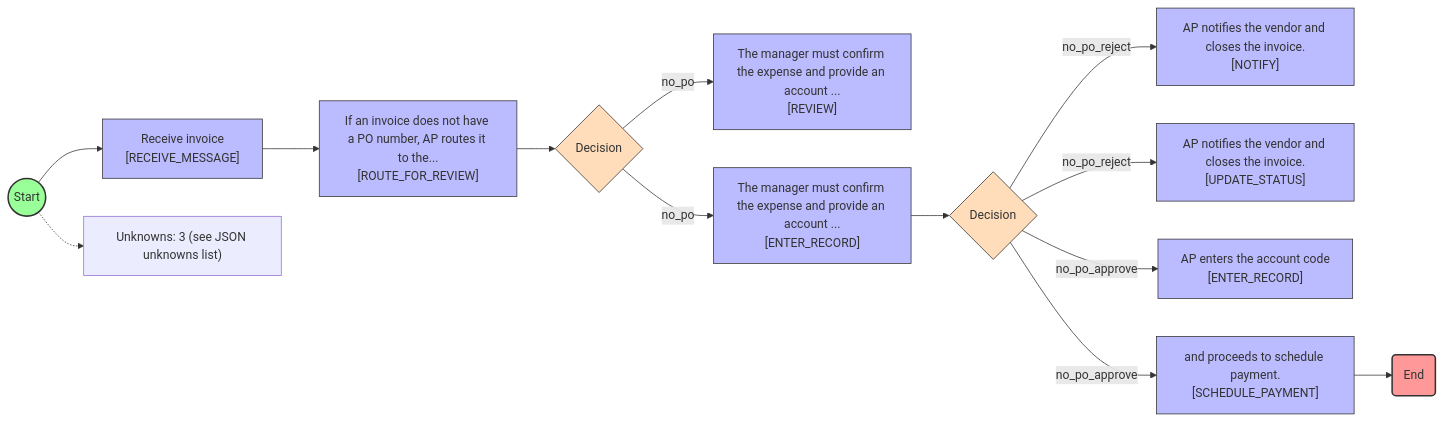
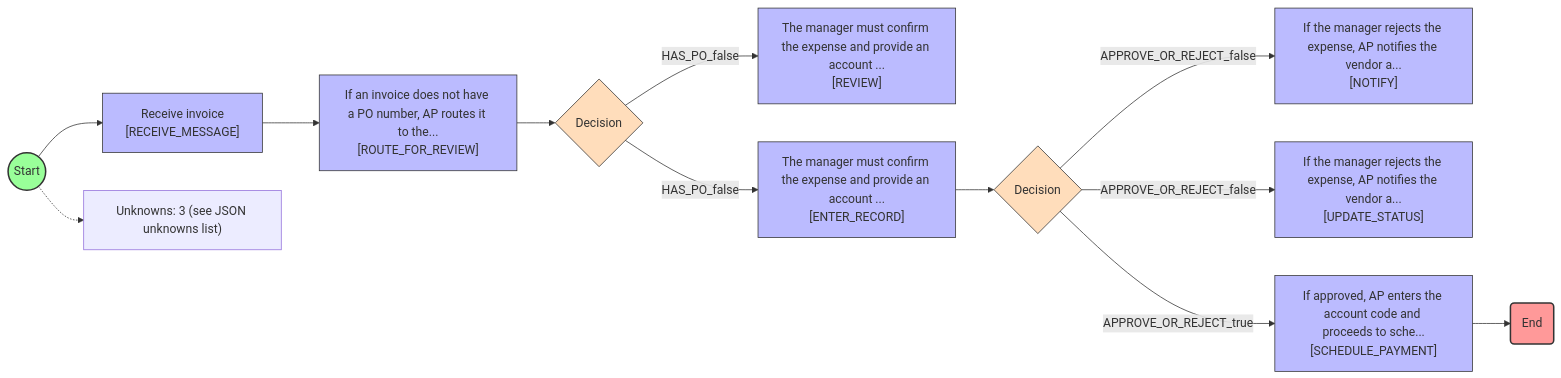
The diagram in outputs/ap_doc_002_auto.mmd (Trevmichi/process-extraction-kernel), drawn with Mermaid before and after one commit. The commit also changed 59 other files, not shown here.

```diff
--- a/outputs/ap_doc_002_auto.mmd
+++ b/outputs/ap_doc_002_auto.mmd
@@ -1,38 +1,35 @@
 flowchart LR
   n1((Start))
   n2["If an invoice does not have a PO number, AP routes it to the...\n[ROUTE_FOR_REVIEW]"]
   n3{"Decision\n<HAS_PO>"}
   n4["The manager must confirm the expense and provide an account ...\n[REVIEW]"]
   n5["The manager must confirm the expense and provide an account ...\n[ENTER_RECORD]"]
   n6{"Decision\n<APPROVE_OR_REJECT>"}
-  n7["AP notifies the vendor and closes the invoice.\n[NOTIFY]"]
-  n8["AP notifies the vendor and closes the invoice.\n[UPDATE_STATUS]"]
-  n9["AP enters the account code\n[ENTER_RECORD]"]
-  n10["and proceeds to schedule payment.\n[SCHEDULE_PAYMENT]"]
-  n11(End)
-  n12["Receive invoice\n[RECEIVE_MESSAGE]"]
-  n12 --> n2
+  n7["If the manager rejects the expense, AP notifies the vendor a...\n[NOTIFY]"]
+  n8["If the manager rejects the expense, AP notifies the vendor a...\n[UPDATE_STATUS]"]
+  n9["If approved, AP enters the account code and proceeds to sche...\n[SCHEDULE_PAYMENT]"]
+  n10(End)
+  n11["Receive invoice\n[RECEIVE_MESSAGE]"]
+  n11 --> n2
   n2 --> n3
-  n3 -->|no_po| n4
-  n3 -->|no_po| n5
+  n3 -->|HAS_PO_false| n4
+  n3 -->|HAS_PO_false| n5
   n5 --> n6
-  n6 -->|no_po_reject| n7
-  n6 -->|no_po_reject| n8
-  n6 -->|no_po_approve| n9
-  n6 -->|no_po_approve| n10
-  n10 --> n11
-  n1 --> n12
+  n6 -->|APPROVE_OR_REJECT_false| n7
+  n6 -->|APPROVE_OR_REJECT_false| n8
+  n6 -->|APPROVE_OR_REJECT_true| n9
+  n9 --> n10
+  n1 --> n11
   U_NOTE["Unknowns: 3 (see JSON unknowns list)"]
   n1 -.-> U_NOTE
   style n1 fill:#9f9,stroke:#333,stroke-width:2px
   style n2 fill:#bbf,stroke:#333,stroke-width:1px
   style n3 fill:#fdb,stroke:#333,stroke-width:1px
   style n4 fill:#bbf,stroke:#333,stroke-width:1px
   style n5 fill:#bbf,stroke:#333,stroke-width:1px
   style n6 fill:#fdb,stroke:#333,stroke-width:1px
   style n7 fill:#bbf,stroke:#333,stroke-width:1px
   style n8 fill:#bbf,stroke:#333,stroke-width:1px
   style n9 fill:#bbf,stroke:#333,stroke-width:1px
-  style n10 fill:#bbf,stroke:#333,stroke-width:1px
-  style n11 fill:#f99,stroke:#333,stroke-width:2px
-  style n12 fill:#bbf,stroke:#333,stroke-width:1px
+  style n10 fill:#f99,stroke:#333,stroke-width:2px
+  style n11 fill:#bbf,stroke:#333,stroke-width:1px
```
